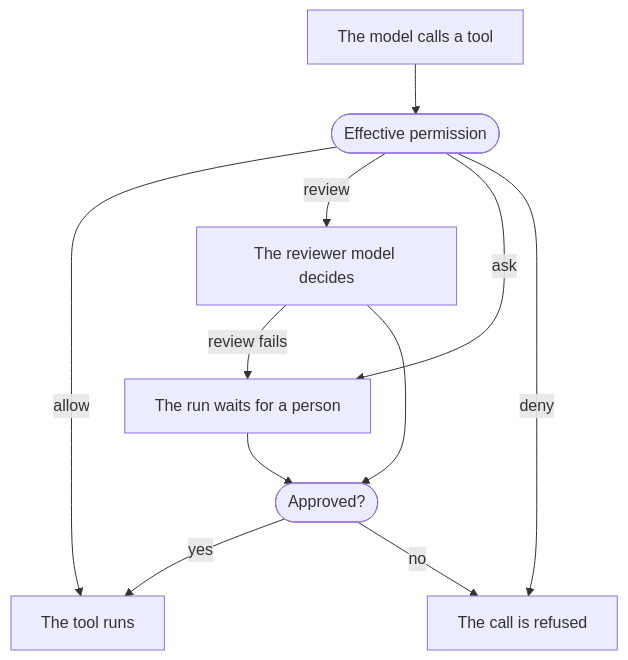
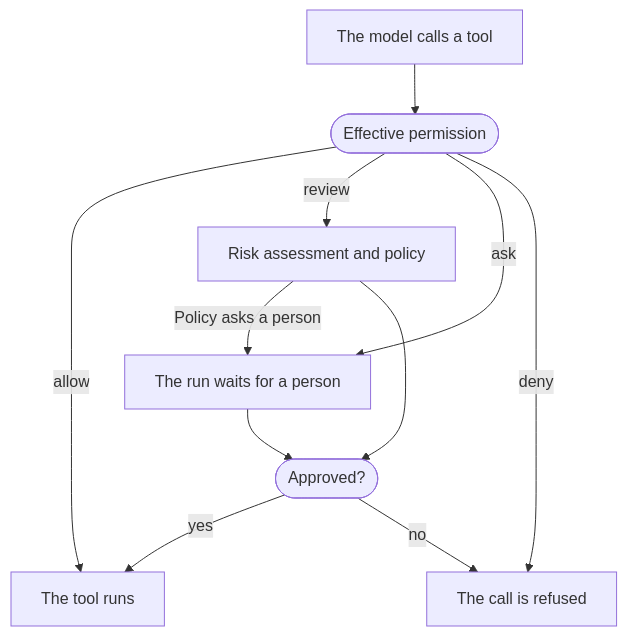
Before and after one commit to Jarvis636431/agent-foundation: the second of 3 diagrams in docs/a13n-service/agents-and-runs.md, drawn with Mermaid. The commit also changed other lines of this file and 49 other files, not shown here.

````diff
--- a/docs/a13n-service/agents-and-runs.md
+++ b/docs/a13n-service/agents-and-runs.md
@@ -94,18 +103,18 @@
 ```mermaid
 flowchart TB
     Call["The model calls a tool"] --> Permission(["Effective permission"])
     Permission -->|"allow"| Run["The tool runs"]
-    Permission -->|"review"| Reviewer["The reviewer model decides"]
+    Permission -->|"review"| Reviewer["Risk assessment and policy"]
     Permission -->|"ask"| Person["The run waits for a person"]
     Permission -->|"deny"| Refuse["The call is refused"]
-    Reviewer -->|"review fails"| Person
+    Reviewer -->|"Policy asks a person"| Person
     Reviewer --> Decision(["Approved?"])
     Person --> Decision
     Decision -->|"yes"| Run
     Decision -->|"no"| Refuse
 
     class Run success
     class Refuse danger
     class Person warning
     class Reviewer ext
 ```
````
